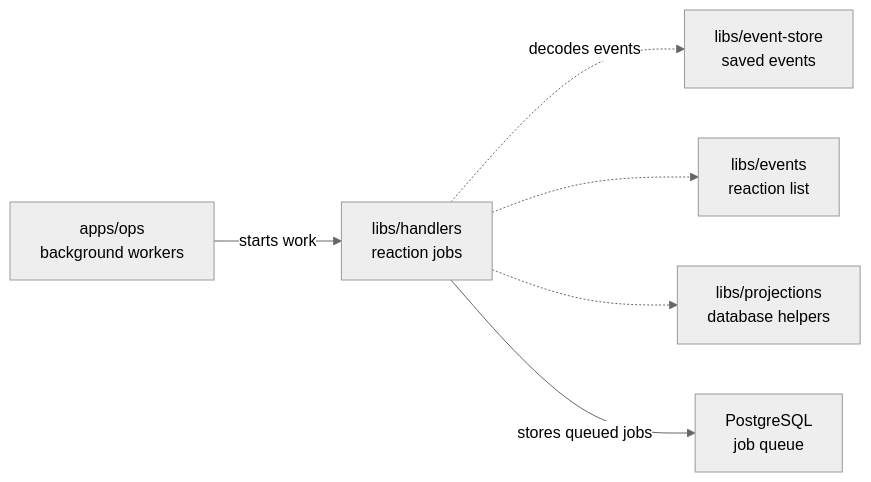
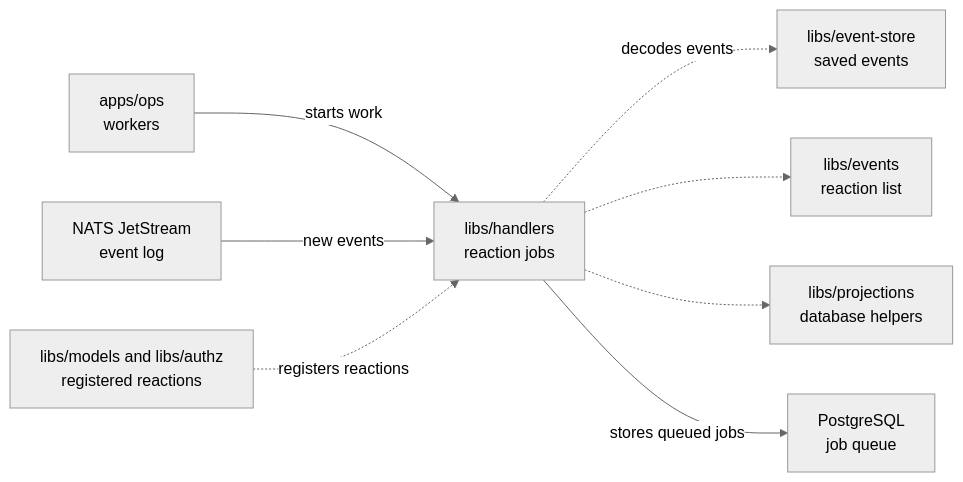
The diagram in libs/handlers/README.md (elewa-git/opencrane-new), drawn with Mermaid (neutral theme) before and after one commit. The commit also changed other lines of this file and 4 other files, not shown here.

````diff
--- a/libs/handlers/README.md
+++ b/libs/handlers/README.md
@@ -19,8 +28,10 @@
 ```mermaid
 flowchart LR
-  ops["apps/ops<br/>background workers"] -->|starts work| handlers["libs/handlers<br/>reaction jobs"]
+  ops["apps/ops<br/>workers"] -->|starts work| handlers["libs/handlers<br/>reaction jobs"]
+  nats["NATS JetStream<br/>event log"] -->|new events| handlers
+  reactions["libs/models and libs/authz<br/>registered reactions"] -.->|registers reactions| handlers
   handlers -.->|decodes events| store["libs/event-store<br/>saved events"]
   handlers -.-> events["libs/events<br/>reaction list"]
   handlers -.-> projections["libs/projections<br/>database helpers"]
   handlers -->|stores queued jobs| pg["PostgreSQL<br/>job queue"]
 ```
````
